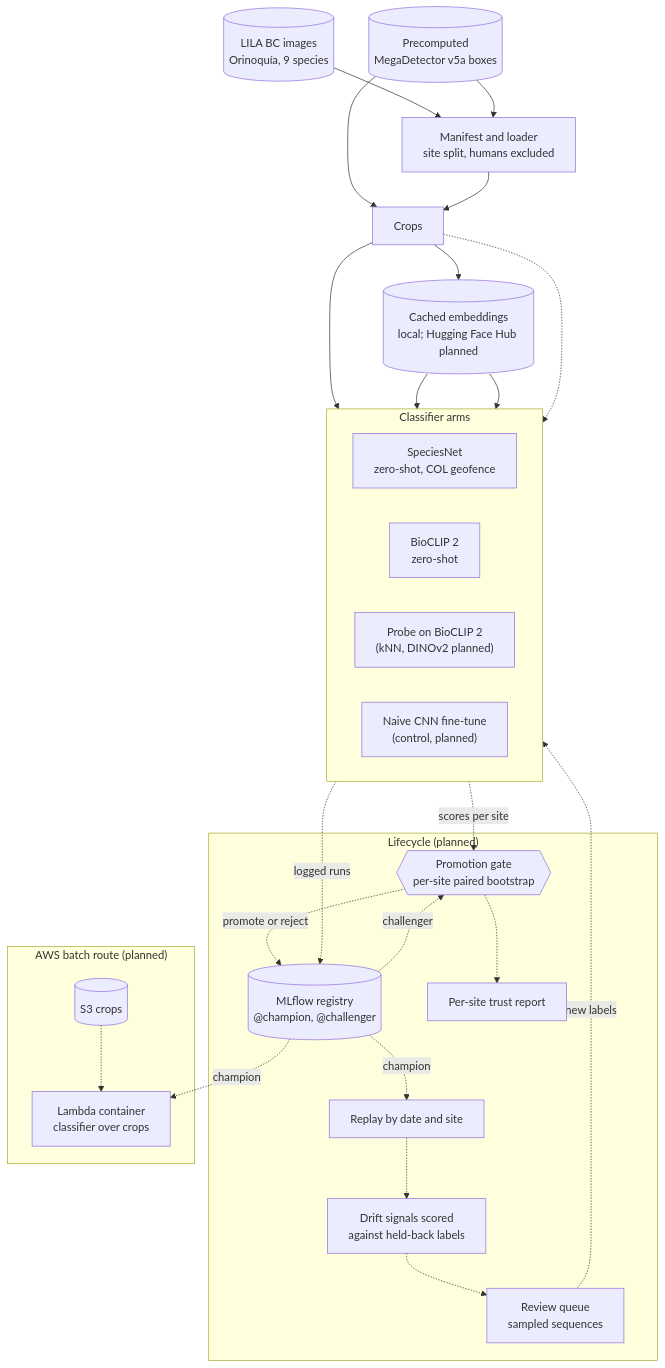
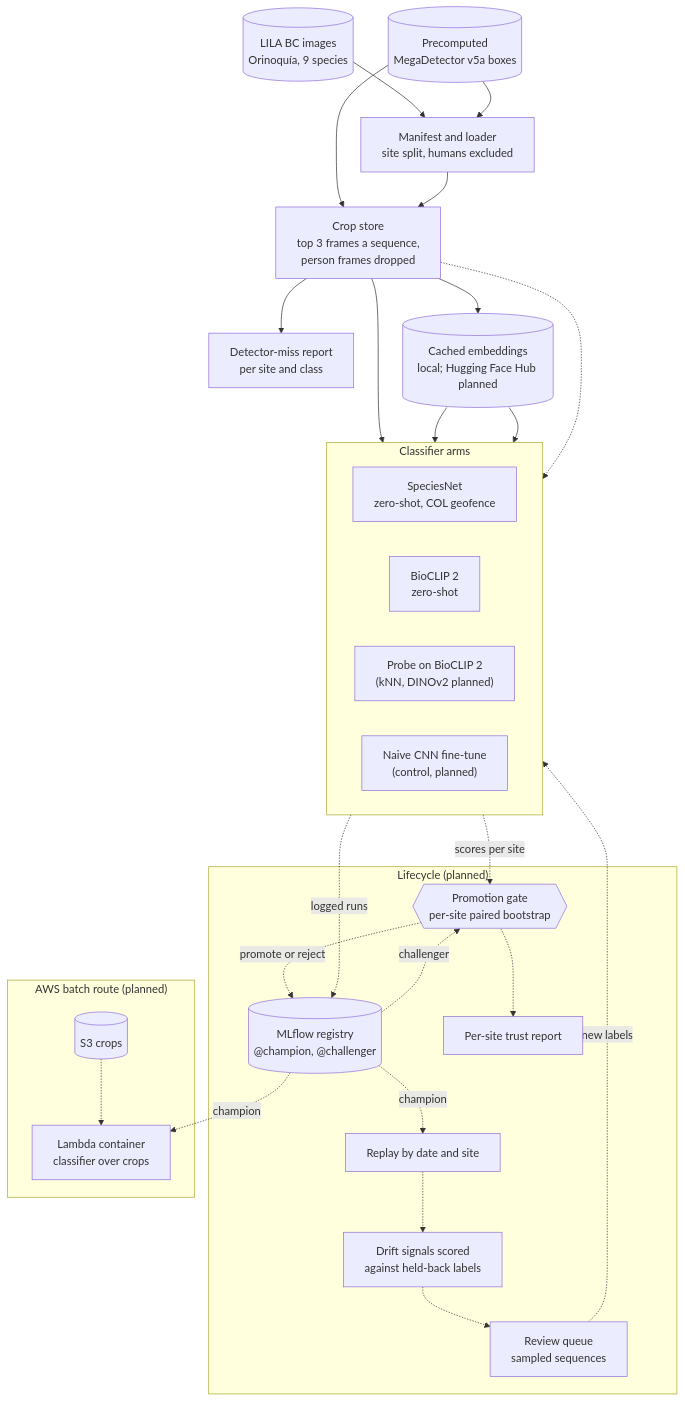
The diagram in README.md (benmacp123/camera-trap-mlops), drawn with Mermaid before and after one commit. The commit also changed other lines of this file and 15 other files, not shown here.

First line of the commit message:
Add detector miss reporting and crop handling

````diff
--- a/README.md
+++ b/README.md
@@ -49,44 +56,45 @@
 ```mermaid
 flowchart TB
     lila[("LILA BC images<br>Orinoquía, 9 species")] --> manifest["Manifest and loader<br>site split, humans excluded"]
     mdv5a[("Precomputed<br>MegaDetector v5a boxes")] --> manifest
-    mdv5a --> crops["Crops"]
+    mdv5a --> crops["Crop store<br>top 3 frames a sequence,<br>person frames dropped"]
     manifest --> crops
+    crops --> misses["Detector-miss report<br>per site and class"]
     crops --> embeddings[("Cached embeddings<br>local; Hugging Face Hub planned")]
 
     subgraph arms ["Classifier arms"]
         direction LR
         speciesnet["SpeciesNet<br>zero-shot, COL geofence"]
         bioclip["BioCLIP 2<br>zero-shot"]
         probe["Probe on BioCLIP 2<br>(kNN, DINOv2 planned)"]
         cnn["Naive CNN fine-tune<br>(control, planned)"]
     end
 
     crops --> speciesnet
     embeddings --> bioclip
     embeddings --> probe
     crops -.-> cnn
 
     subgraph lifecycle ["Lifecycle (planned)"]
         mlflow[("MLflow registry<br>@champion, @challenger")]
         gate{{"Promotion gate<br>per-site paired bootstrap"}}
         report["Per-site trust report"]
         replay["Replay by date and site"]
         drift["Drift signals scored<br>against held-back labels"]
         review["Review queue<br>sampled sequences"]
         mlflow -. "challenger" .-> gate
         gate -. "promote or reject" .-> mlflow
         gate -.-> report
         mlflow -. "champion" .-> replay -.-> drift -.-> review
     end
 
     arms -. "scores per site" .-> gate
     arms -. "logged runs" .-> mlflow
     review -. "new labels" .-> arms
 
     subgraph aws ["AWS batch route (planned)"]
         s3[("S3 crops")] -.-> lambda["Lambda container<br>classifier over crops"]
     end
 
     mlflow -. "champion" .-> lambda
 ```
````
